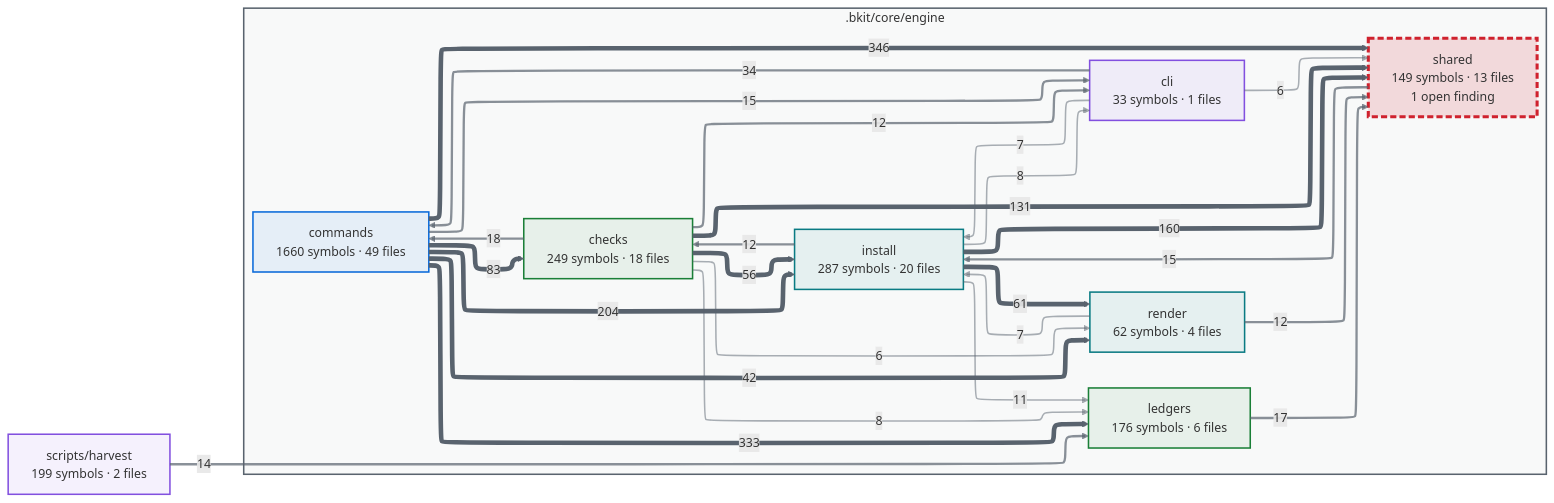
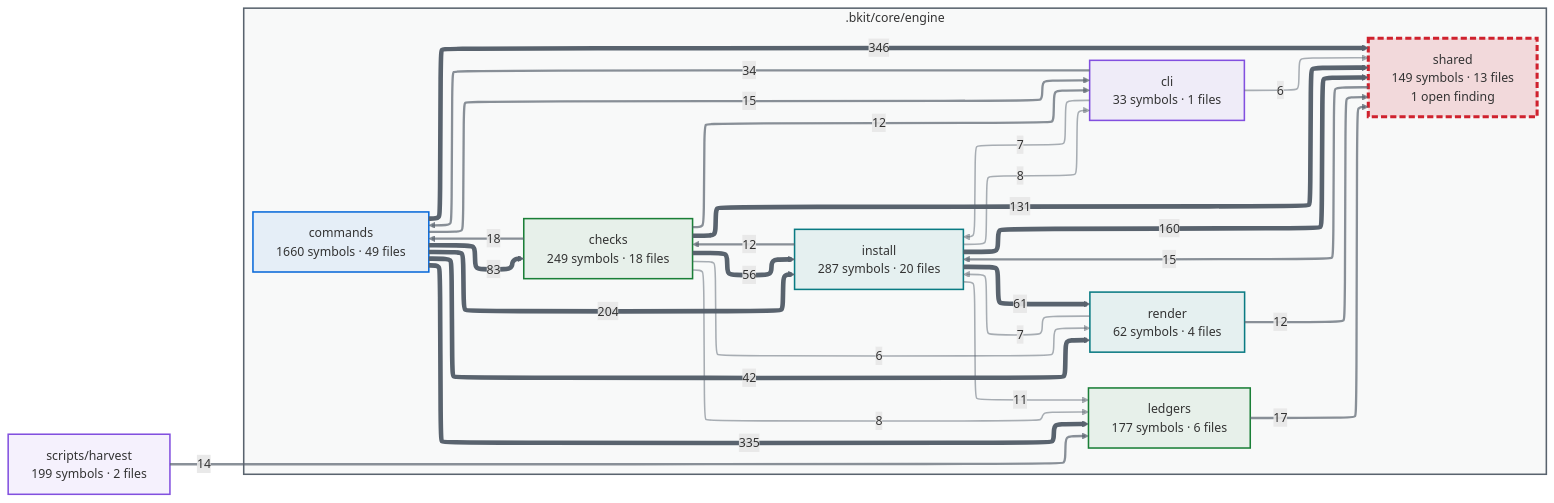
One commit to cbartens/bkit changed the first of 2 diagrams in docs/capabilities.md. Above: the diagram before and after it, drawn with Mermaid. The commit also changed other lines of this file and 12 other files, not shown here.

````diff
--- a/docs/capabilities.md
+++ b/docs/capabilities.md
@@ -153,80 +153,80 @@
 ```mermaid
 ---
 config:
   layout: elk
   themeCSS: "marker { overflow: visible; } marker path { transform: scale(1.8); transform-origin: 5px 5px; }"
   flowchart:
     useMaxWidth: false
 ---
 flowchart LR
-  %% Generated by bkit-graphify-rollup.py from 2344b8a67b2dba1b8f01c746abadde30e241f5bc — do not edit
+  %% Generated by bkit-graphify-rollup.py from 28c1e4d93e49b8d170d1696d419665853656759a — do not edit
   subgraph gn_bkit_core_engine[".bkit/core/engine"]
     n_bkit_core_engine_checks["checks<br/>249 symbols · 18 files"]
     n_bkit_core_engine_cli["cli<br/>33 symbols · 1 files"]
     n_bkit_core_engine_commands["commands<br/>1660 symbols · 49 files"]
     n_bkit_core_engine_install["install<br/>287 symbols · 20 files"]
-    n_bkit_core_engine_ledgers["ledgers<br/>176 symbols · 6 files"]
+    n_bkit_core_engine_ledgers["ledgers<br/>177 symbols · 6 files"]
     n_bkit_core_engine_render["render<br/>62 symbols · 4 files"]
     n_bkit_core_engine_shared["shared<br/>149 symbols · 13 files<br/>1 open finding"]
   end
   nscripts_harvest["scripts/harvest<br/>199 symbols · 2 files"]
   n_bkit_core_engine_commands -->|346| n_bkit_core_engine_shared
-  n_bkit_core_engine_commands -->|333| n_bkit_core_engine_ledgers
+  n_bkit_core_engine_commands -->|335| n_bkit_core_engine_ledgers
   n_bkit_core_engine_commands -->|204| n_bkit_core_engine_install
   n_bkit_core_engine_install -->|160| n_bkit_core_engine_shared
   n_bkit_core_engine_checks -->|131| n_bkit_core_engine_shared
   n_bkit_core_engine_commands -->|83| n_bkit_core_engine_checks
   n_bkit_core_engine_install -->|61| n_bkit_core_engine_render
   n_bkit_core_engine_checks -->|56| n_bkit_core_engine_install
   n_bkit_core_engine_commands -->|42| n_bkit_core_engine_render
   n_bkit_core_engine_cli -->|34| n_bkit_core_engine_commands
   n_bkit_core_engine_checks -->|18| n_bkit_core_engine_commands
   n_bkit_core_engine_ledgers -->|17| n_bkit_core_engine_shared
   n_bkit_core_engine_shared -->|15| n_bkit_core_engine_install
   n_bkit_core_engine_commands -->|15| n_bkit_core_engine_cli
   nscripts_harvest -->|14| n_bkit_core_engine_ledgers
   n_bkit_core_engine_install -->|12| n_bkit_core_engine_checks
   n_bkit_core_engine_checks -->|12| n_bkit_core_engine_cli
   n_bkit_core_engine_render -->|12| n_bkit_core_engine_shared
   n_bkit_core_engine_install -->|11| n_bkit_core_engine_ledgers
   n_bkit_core_engine_checks -->|8| n_bkit_core_engine_ledgers
   n_bkit_core_engine_install -->|8| n_bkit_core_engine_cli
   n_bkit_core_engine_cli -->|7| n_bkit_core_engine_install
   n_bkit_core_engine_render -->|7| n_bkit_core_engine_install
   n_bkit_core_engine_checks -->|6| n_bkit_core_engine_render
   n_bkit_core_engine_cli -->|6| n_bkit_core_engine_shared
   style gn_bkit_core_engine fill:#59636e0a,stroke:#59636e,stroke-width:2px
   style n_bkit_core_engine_checks stroke:#1a7f37,stroke-width:2px,fill:#1a7f3714
   style n_bkit_core_engine_cli stroke:#8250df,stroke-width:2px,fill:#8250df14
   style n_bkit_core_engine_commands stroke:#0969da,stroke-width:2px,fill:#0969da14
   style n_bkit_core_engine_install stroke:#0a7b83,stroke-width:2px,fill:#0a7b8314
   style n_bkit_core_engine_ledgers stroke:#1a7f37,stroke-width:2px,fill:#1a7f3714
   style n_bkit_core_engine_render stroke:#0a7b83,stroke-width:2px,fill:#0a7b8314
   style n_bkit_core_engine_shared stroke:#cf222e,stroke-width:4px,stroke-dasharray:8 4,fill:#cf222e26
   style nscripts_harvest stroke:#8250df,stroke-width:2px,fill:#8250df14
   linkStyle 0 stroke:#59636e,stroke-width:6px
   linkStyle 1 stroke:#59636e,stroke-width:6px
   linkStyle 2 stroke:#59636e,stroke-width:6px
   linkStyle 3 stroke:#59636e,stroke-width:6px
   linkStyle 4 stroke:#59636e,stroke-width:6px
   linkStyle 5 stroke:#59636e,stroke-width:6px
   linkStyle 6 stroke:#59636e,stroke-width:6px
   linkStyle 7 stroke:#59636e,stroke-width:6px
   linkStyle 8 stroke:#59636e,stroke-width:6px
   linkStyle 9 stroke:#59636eb3,stroke-width:3px
   linkStyle 10 stroke:#59636eb3,stroke-width:3px
   linkStyle 11 stroke:#59636eb3,stroke-width:3px
   linkStyle 12 stroke:#59636eb3,stroke-width:3px
   linkStyle 13 stroke:#59636eb3,stroke-width:3px
   linkStyle 14 stroke:#59636eb3,stroke-width:3px
   linkStyle 15 stroke:#59636eb3,stroke-width:3px
   linkStyle 16 stroke:#59636eb3,stroke-width:3px
   linkStyle 17 stroke:#59636eb3,stroke-width:3px
   linkStyle 18 stroke:#59636e80,stroke-width:2px
   linkStyle 19 stroke:#59636e80,stroke-width:2px
   linkStyle 20 stroke:#59636e80,stroke-width:2px
   linkStyle 21 stroke:#59636e80,stroke-width:2px
   linkStyle 22 stroke:#59636e80,stroke-width:2px
   linkStyle 23 stroke:#59636e80,stroke-width:2px
   linkStyle 24 stroke:#59636e80,stroke-width:2px
 ```
````
